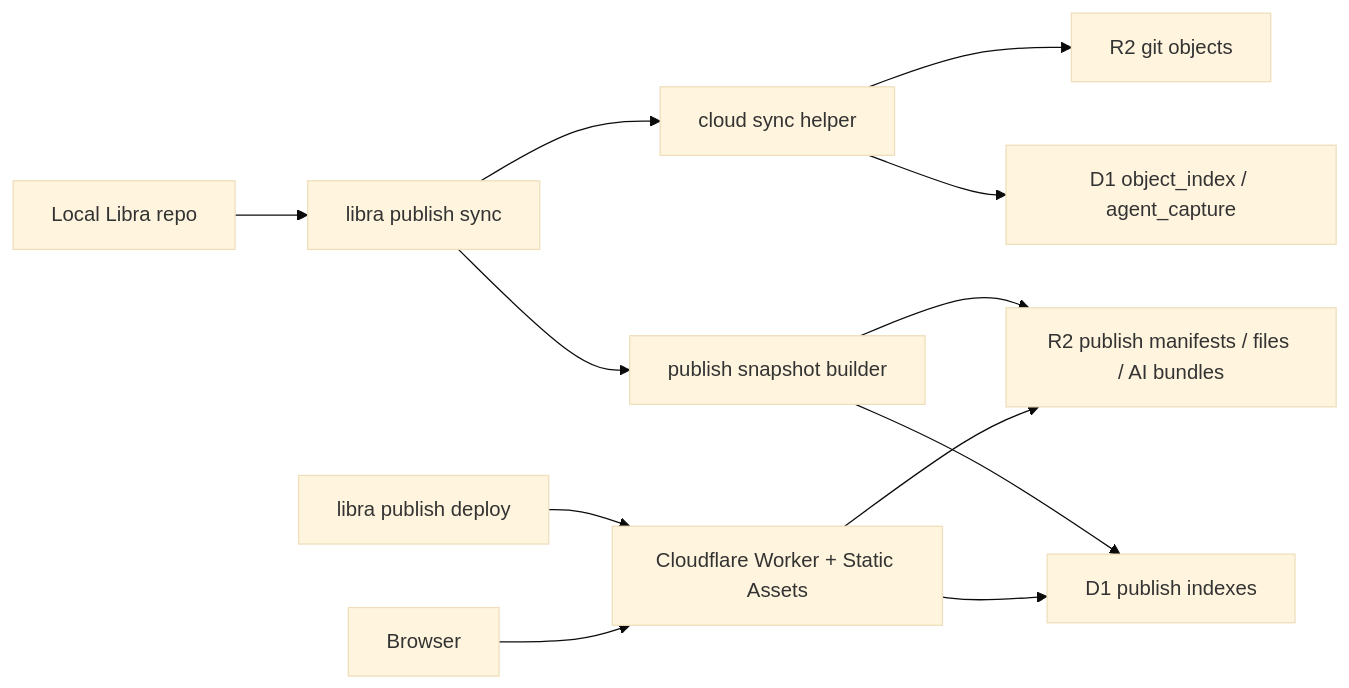
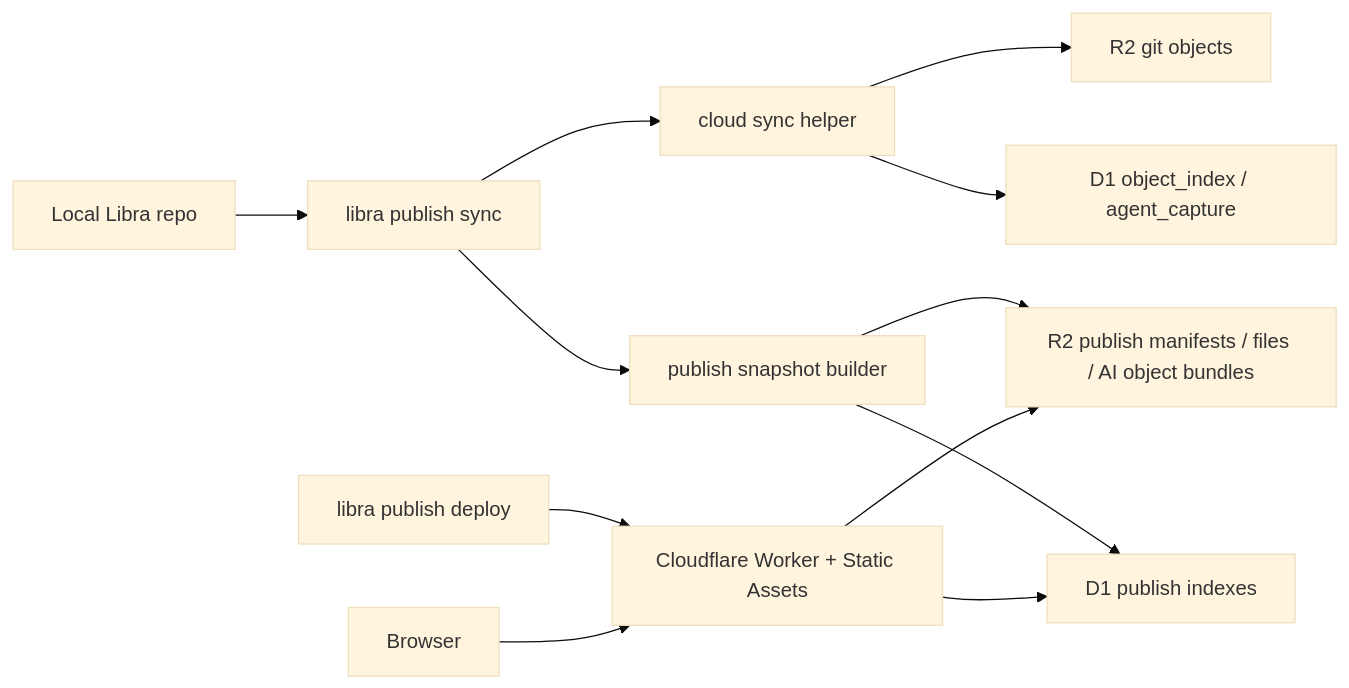
The diagram in docs/improvement/publish.md (web3infra-foundation/libra), drawn with Mermaid (base theme) before and after one commit. The commit also changed other lines of this file and 40 other files, not shown here.

````diff
--- a/docs/improvement/publish.md
+++ b/docs/improvement/publish.md
@@ -209,14 +425,14 @@
 ```mermaid
 flowchart LR
     A["Local Libra repo"] --> B["libra publish sync"]
     B --> C["cloud sync helper"]
     C --> D["R2 git objects"]
     C --> E["D1 object_index / agent_capture"]
     B --> F["publish snapshot builder"]
-    F --> G["R2 publish manifests / files / AI bundles"]
+    F --> G["R2 publish manifests / files / AI object bundles"]
     F --> H["D1 publish indexes"]
     I["libra publish deploy"] --> J["Cloudflare Worker + Static Assets"]
     K["Browser"] --> J
     J --> H
     J --> G
 ```
````
